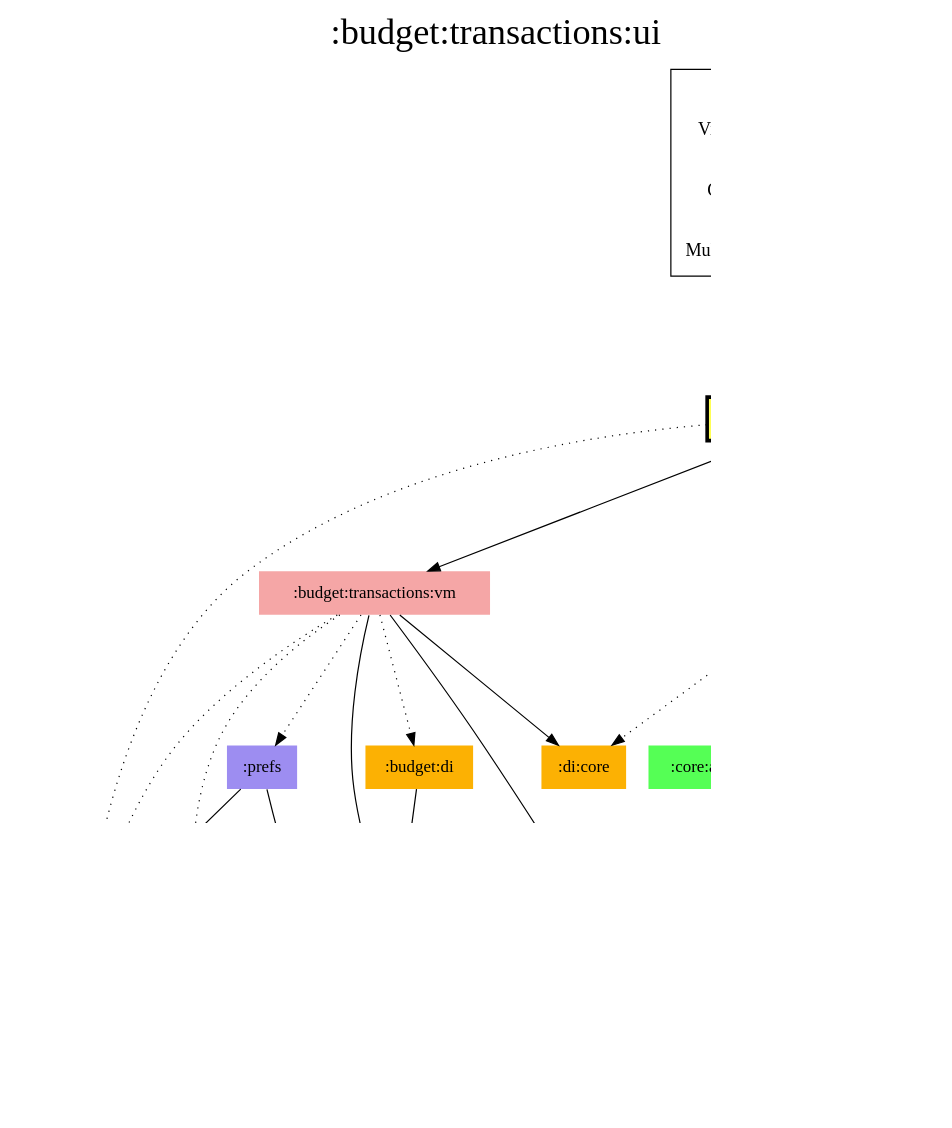
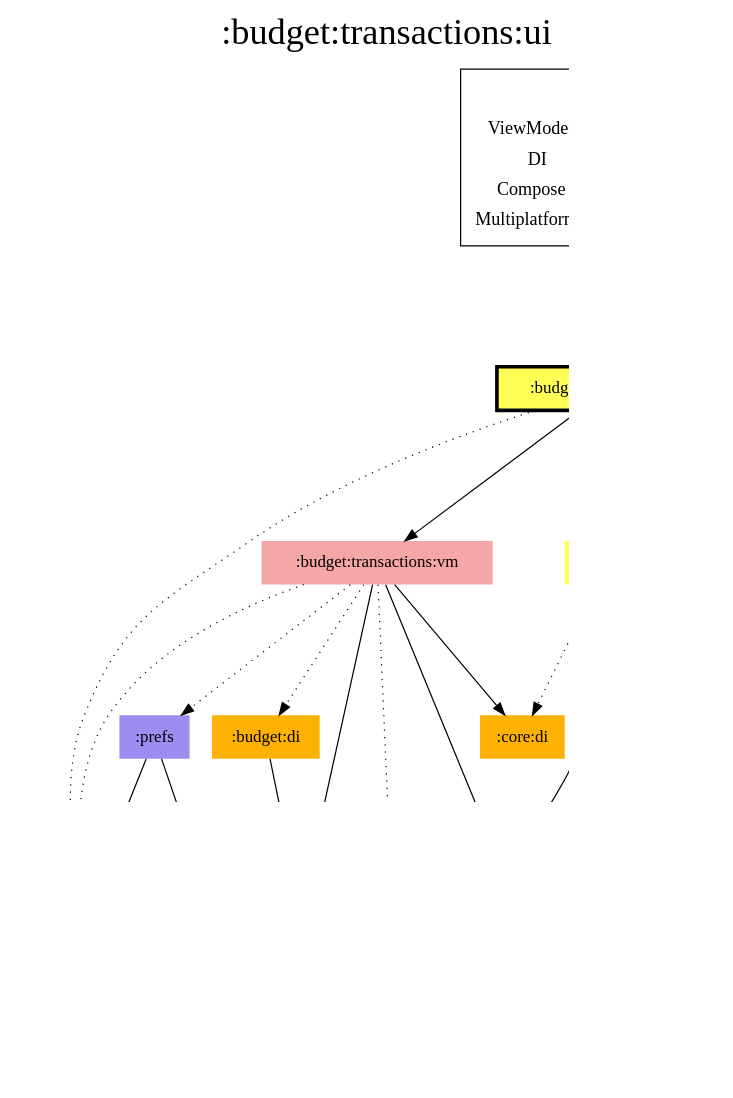
One commit to jonapoul/aktual changed the diagram in modules/budget/transactions/ui/modules.dot. Above: the diagram before and after it, drawn with Graphviz. The commit also changed 477 other files, not shown here.

```diff
--- a/modules/budget/transactions/ui/modules.dot
+++ b/modules/budget/transactions/ui/modules.dot
@@ -1,59 +1,56 @@
 digraph {
 edge ["dir"="forward"]
 graph ["dpi"="100","label"=":budget:transactions:ui","labelloc"="t","fontsize"="30","ranksep"="1.5","rankdir"="TB"]
 node ["style"="filled"]
 ":account:model" ["fillcolor"="#9D8DF1","shape"="none"]
 ":budget:data" ["fillcolor"="#9D8DF1","shape"="none"]
 ":budget:di" ["fillcolor"="#FCB103","shape"="none"]
 ":budget:model" ["fillcolor"="#9D8DF1","shape"="none"]
 ":budget:transactions:ui" ["fillcolor"="#FFFF55","color"="black","penwidth"="3","shape"="box"]
 ":budget:transactions:vm" ["fillcolor"="#F5A6A6","shape"="none"]
-":core:android" ["fillcolor"="#55FF55","shape"="none"]
+":core:di" ["fillcolor"="#FCB103","shape"="none"]
 ":core:model" ["fillcolor"="#9D8DF1","shape"="none"]
 ":core:ui" ["fillcolor"="#FFFF55","shape"="none"]
-":di:core" ["fillcolor"="#FCB103","shape"="none"]
 ":l10n" ["fillcolor"="#9D8DF1","shape"="none"]
 ":logging" ["fillcolor"="#9D8DF1","shape"="none"]
 ":prefs" ["fillcolor"="#9D8DF1","shape"="none"]
 {
 edge ["dir"="none"]
 graph ["rank"="same"]
 ":budget:transactions:ui"
 }
 ":budget:data" -> ":budget:model"
 ":budget:data" -> ":core:model"
 ":budget:data" -> ":logging" ["style"="dotted"]
 ":budget:di" -> ":budget:data"
 ":budget:transactions:ui" -> ":account:model" ["style"="dotted"]
 ":budget:transactions:ui" -> ":budget:model"
 ":budget:transactions:ui" -> ":budget:transactions:vm"
 ":budget:transactions:ui" -> ":core:ui"
 ":budget:transactions:ui" -> ":l10n" ["style"="dotted"]
 ":budget:transactions:vm" -> ":account:model" ["style"="dotted"]
 ":budget:transactions:vm" -> ":budget:data"
 ":budget:transactions:vm" -> ":budget:di" ["style"="dotted"]
 ":budget:transactions:vm" -> ":budget:model"
-":budget:transactions:vm" -> ":di:core"
+":budget:transactions:vm" -> ":core:di"
 ":budget:transactions:vm" -> ":logging" ["style"="dotted"]
 ":budget:transactions:vm" -> ":prefs" ["style"="dotted"]
 ":core:ui" -> ":budget:model"
-":core:ui" -> ":core:android" ["style"="dotted"]
+":core:ui" -> ":core:di" ["style"="dotted"]
 ":core:ui" -> ":core:model"
-":core:ui" -> ":di:core" ["style"="dotted"]
 ":core:ui" -> ":l10n" ["style"="dotted"]
 ":prefs" -> ":account:model"
 ":prefs" -> ":core:model"
 subgraph "cluster_legend" {
 edge ["dir"="none"]
 graph ["label"="Legend","fontsize"="20"]
 "Legend" ["style"="filled","fillcolor"="#FFFFFF","shape"="none","margin"="0","fontsize"="15","label"=<
 <TABLE BORDER="0" CELLBORDER="0" CELLSPACING="0" CELLPADDING="4">
 <TR><TD>ViewModel</TD><TD BGCOLOR="#F5A6A6">module-name</TD></TR>
 <TR><TD>DI</TD><TD BGCOLOR="#FCB103">module-name</TD></TR>
 <TR><TD>Compose</TD><TD BGCOLOR="#FFFF55">module-name</TD></TR>
-<TR><TD>Android</TD><TD BGCOLOR="#55FF55">module-name</TD></TR>
 <TR><TD>Multiplatform</TD><TD BGCOLOR="#9D8DF1">module-name</TD></TR>
 </TABLE>
 >]
 } -> ":budget:transactions:ui" ["style"="invis"]
 }
```
